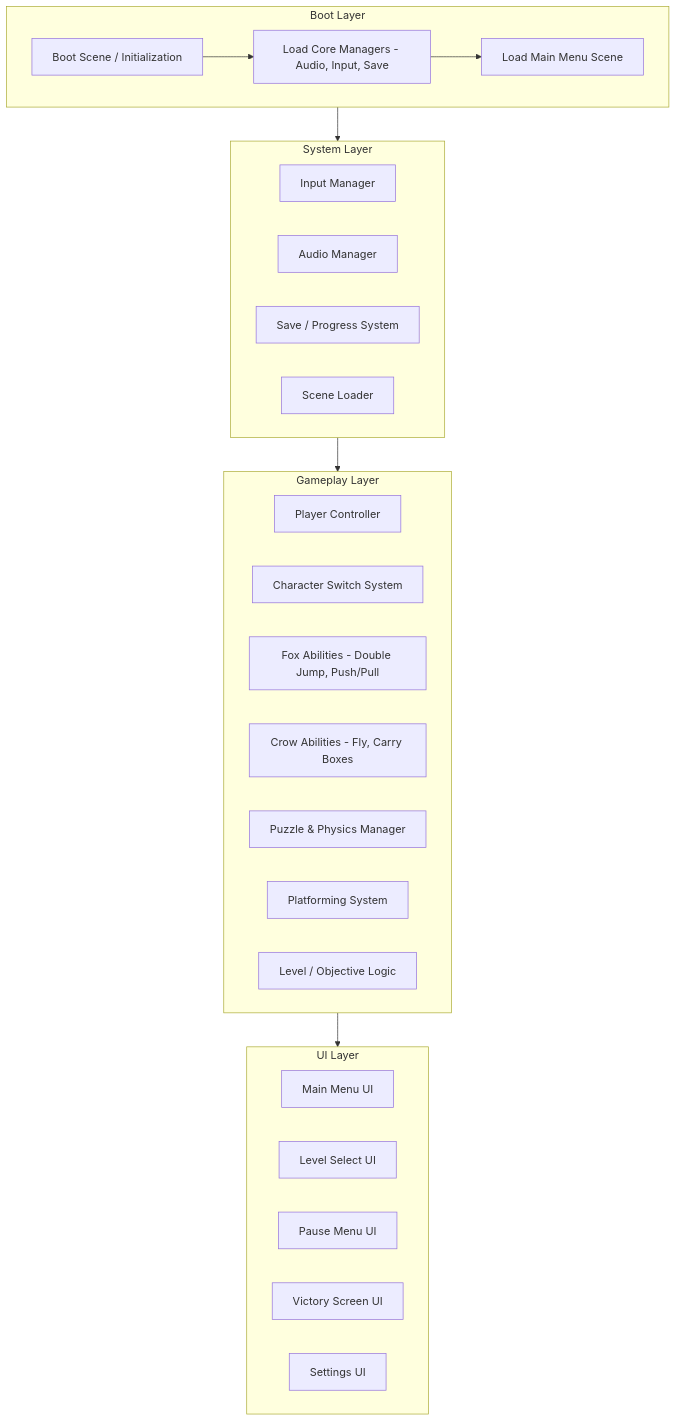
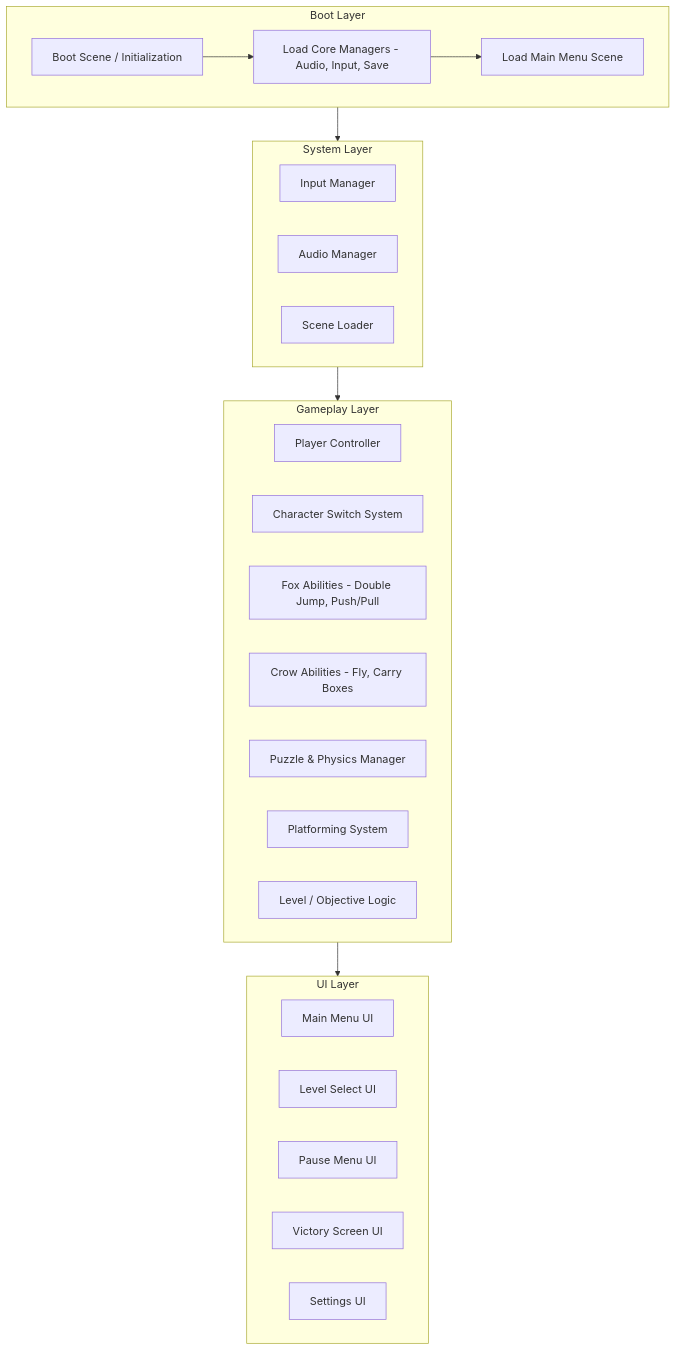
One commit to Justsomeguy241/Out-of-the-box changed the second of 4 diagrams in README.md. Above: the diagram before and after it, drawn with Mermaid.

````diff
--- a/README.md
+++ b/README.md
@@ -51,56 +51,55 @@
 ```mermaid
 graph TD
 
 %% ======================
 %%  BOOT / INITIALIZATION
 %% ======================
 subgraph Boot_Layer["Boot Layer"]
     BootScene["Boot Scene / Initialization"]
     ManagersInit["Load Core Managers - Audio, Input, Save"]
     LoadMainMenu["Load Main Menu Scene"]
     BootScene --> ManagersInit --> LoadMainMenu
 end
 
 %% ======================
 %%  SYSTEM LAYER
 %% ======================
 subgraph System_Layer["System Layer"]
     InputManager["Input Manager"]
     AudioManager["Audio Manager"]
-    SaveSystem["Save / Progress System"]
     SceneLoader["Scene Loader"]
 end
 
 %% ======================
 %%  GAMEPLAY LAYER
 %% ======================
 subgraph Gameplay_Layer["Gameplay Layer"]
     PlayerController["Player Controller"]
     SwitchSystem["Character Switch System"]
     Fox["Fox Abilities - Double Jump, Push/Pull"]
     Crow["Crow Abilities - Fly, Carry Boxes"]
     PuzzleManager["Puzzle & Physics Manager"]
     Platforming["Platforming System"]
     GameRules["Level / Objective Logic"]
 end
 
 %% ======================
 %%  UI LAYER
 %% ======================
 subgraph UI_Layer["UI Layer"]
     MainMenu["Main Menu UI"]
     LevelSelect["Level Select UI"]
     PauseMenu["Pause Menu UI"]
     VictoryScreen["Victory Screen UI"]
     SettingsUI["Settings UI"]
 end
 
 %% ======================
 %%  CONNECTIONS BETWEEN LAYERS
 %% ======================
 Boot_Layer --> System_Layer
 System_Layer --> Gameplay_Layer
 Gameplay_Layer --> UI_Layer
 
 
 ```
````
